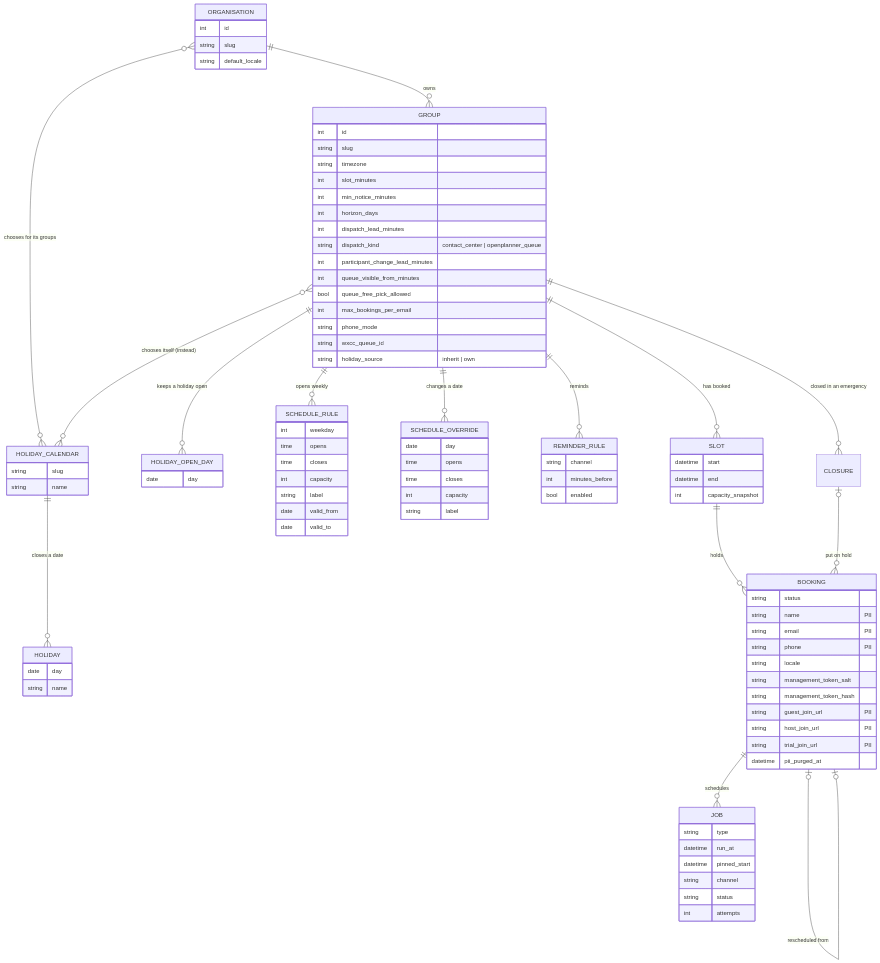
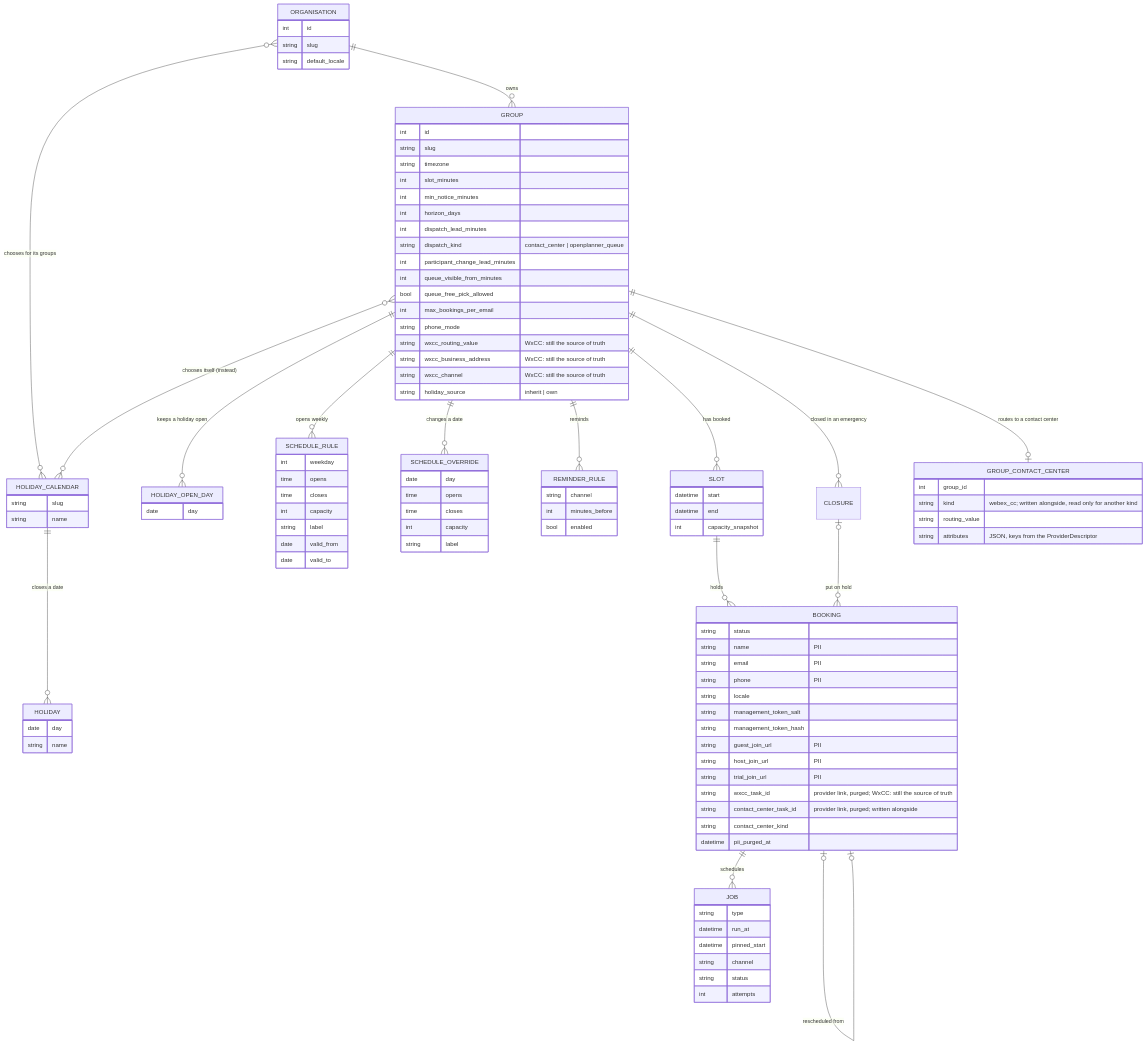
One commit to 3Corners-Labs/OpenPlanner changed the fifth of 18 diagrams in docs/architecture.md. Above: the diagram before and after it, drawn with Mermaid. The commit also changed other lines of this file and 16 other files, not shown here.

First line of the commit message:
docs(contact-center): document the neutral contact center (ADR 0032 CC-5) (#627)

```diff
--- a/docs/architecture.md
+++ b/docs/architecture.md
@@ -372,6 +387,7 @@
     GROUP ||--o{ CLOSURE : "closed in an emergency"
     CLOSURE |o--o{ BOOKING : "put on hold"
     BOOKING |o--o| BOOKING : "rescheduled from"
+    GROUP ||--o| GROUP_CONTACT_CENTER : "routes to a contact center"
 
     ORGANISATION {
         int id
@@ -392,8 +408,16 @@
         bool queue_free_pick_allowed
         int max_bookings_per_email
         string phone_mode
-        string wxcc_queue_id
+        string wxcc_routing_value "WxCC: still the source of truth"
+        string wxcc_business_address "WxCC: still the source of truth"
+        string wxcc_channel "WxCC: still the source of truth"
         string holiday_source "inherit | own"
+    }
+    GROUP_CONTACT_CENTER {
+        int group_id
+        string kind "webex_cc; written alongside, read only for another kind"
+        string routing_value
+        string attributes "JSON, keys from the ProviderDescriptor"
     }
     HOLIDAY_CALENDAR {
         string slug
@@ -443,6 +467,9 @@
         string guest_join_url "PII"
         string host_join_url "PII"
         string trial_join_url "PII"
+        string wxcc_task_id "provider link, purged; WxCC: still the source of truth"
+        string contact_center_task_id "provider link, purged; written alongside"
+        string contact_center_kind
         datetime pii_purged_at
     }
     JOB {
```
